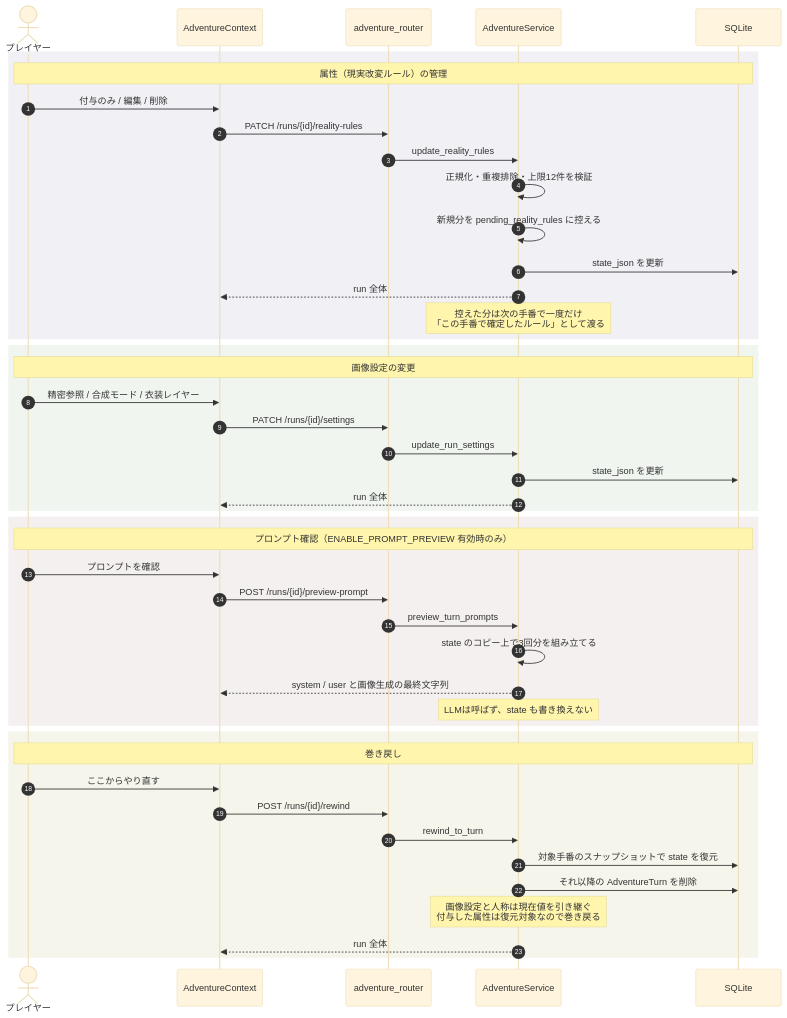
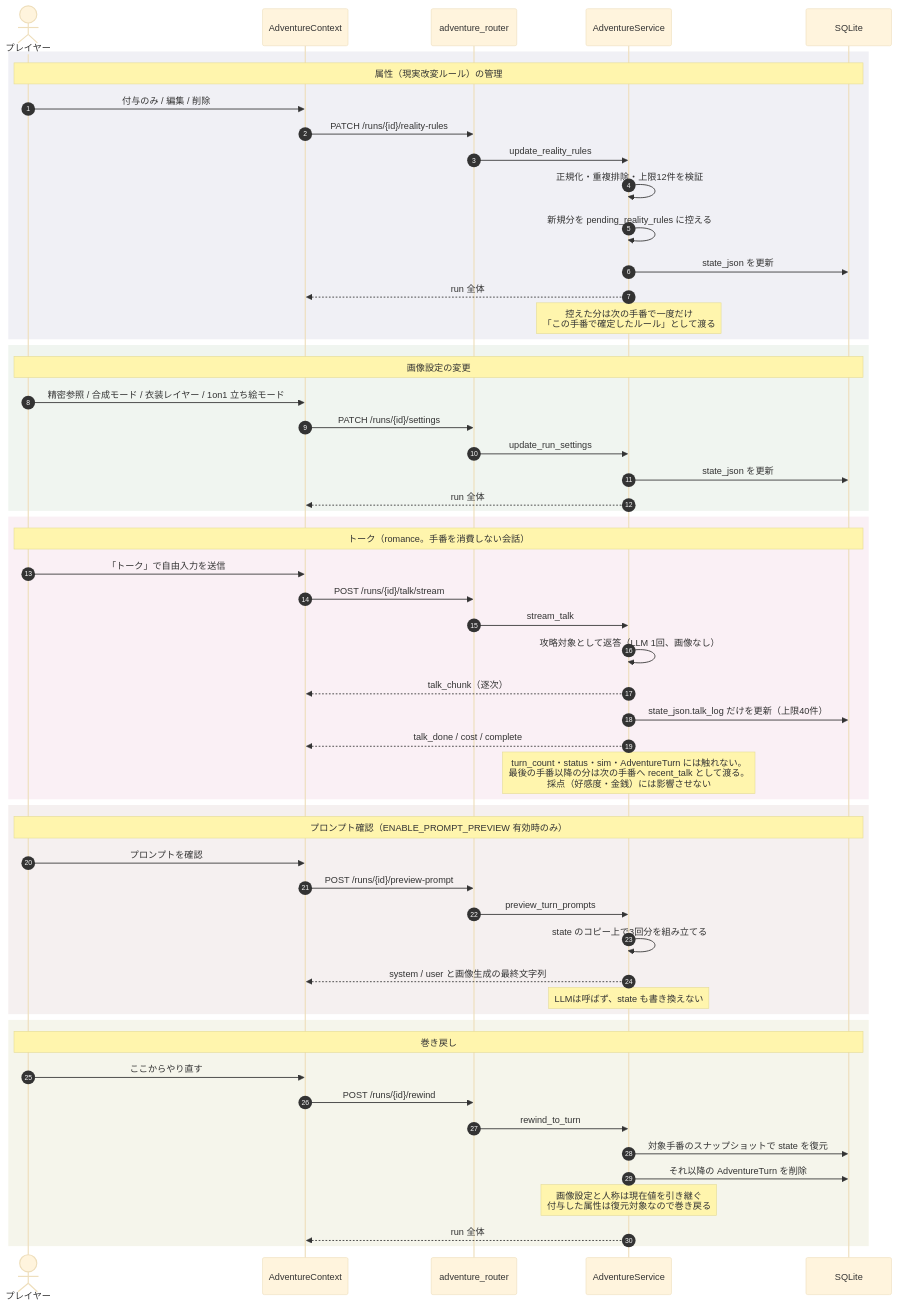
The fourth of 5 diagrams in docs/adventure-flow.md (grind-hash/tsf_closet), drawn with Mermaid (base theme) before and after one commit. The commit also changed other lines of this file and 24 other files, not shown here.

````diff
--- a/docs/adventure-flow.md
+++ b/docs/adventure-flow.md
@@ -231,51 +236,63 @@
 ```mermaid
 sequenceDiagram
     autonumber
     actor U as プレイヤー
     participant C as AdventureContext
     participant R as adventure_router
     participant SV as AdventureService
     participant DB as SQLite
 
     rect rgb(240, 240, 245)
         Note over U,DB: 属性（現実改変ルール）の管理
         U->>C: 付与のみ / 編集 / 削除
         C->>R: PATCH /runs/{id}/reality-rules
         R->>SV: update_reality_rules
         SV->>SV: 正規化・重複排除・上限12件を検証
         SV->>SV: 新規分を pending_reality_rules に控える
         SV->>DB: state_json を更新
         SV-->>C: run 全体
         Note over SV: 控えた分は次の手番で一度だけ<br/>「この手番で確定したルール」として渡る
     end
 
     rect rgb(240, 245, 240)
         Note over U,DB: 画像設定の変更
-        U->>C: 精密参照 / 合成モード / 衣装レイヤー
+        U->>C: 精密参照 / 合成モード / 衣装レイヤー / 1on1 立ち絵モード
         C->>R: PATCH /runs/{id}/settings
         R->>SV: update_run_settings
         SV->>DB: state_json を更新
         SV-->>C: run 全体
+    end
+
+    rect rgb(250, 240, 245)
+        Note over U,DB: トーク（romance。手番を消費しない会話）
+        U->>C: 「トーク」で自由入力を送信
+        C->>R: POST /runs/{id}/talk/stream
+        R->>SV: stream_talk
+        SV->>SV: 攻略対象として返答（LLM 1回、画像なし）
+        SV-->>C: talk_chunk（逐次）
+        SV->>DB: state_json.talk_log だけを更新（上限40件）
+        SV-->>C: talk_done / cost / complete
+        Note over SV: turn_count・status・sim・AdventureTurn には触れない。<br/>最後の手番以降の分は次の手番へ recent_talk として渡る。<br/>採点（好感度・金銭）には影響させない
     end
 
     rect rgb(245, 240, 240)
         Note over U,DB: プロンプト確認（ENABLE_PROMPT_PREVIEW 有効時のみ）
         U->>C: プロンプトを確認
         C->>R: POST /runs/{id}/preview-prompt
         R->>SV: preview_turn_prompts
         SV->>SV: state のコピー上で3回分を組み立てる
         SV-->>C: system / user と画像生成の最終文字列
         Note over SV: LLMは呼ばず、state も書き換えない
     end
 
     rect rgb(245, 245, 235)
         Note over U,DB: 巻き戻し
         U->>C: ここからやり直す
         C->>R: POST /runs/{id}/rewind
         R->>SV: rewind_to_turn
         SV->>DB: 対象手番のスナップショットで state を復元
         SV->>DB: それ以降の AdventureTurn を削除
         Note over SV: 画像設定と人称は現在値を引き継ぐ<br/>付与した属性は復元対象なので巻き戻る
         SV-->>C: run 全体
     end
 ```
````
